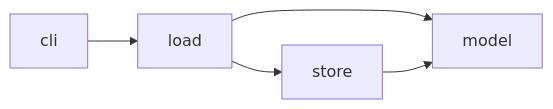
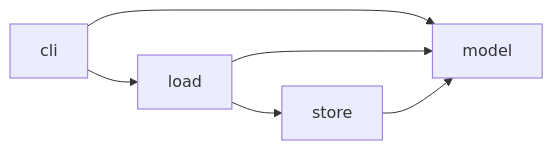
Before and after one commit to lewis-dot-software/muster: the second of 2 diagrams in docs/architecture.md, drawn with Mermaid. The commit also changed other lines of this file, not shown here.

Commit message:
docs: The architecture corrected from v0.1.0's repo read, its claims, seams and refusals

````diff
--- a/docs/architecture.md
+++ b/docs/architecture.md
@@ -130,7 +139,8 @@
 ```mermaid
 flowchart LR
   cli["cli"] --> load["load"]
+  cli --> model["model"]
   load --> store["store"]
-  load --> model["model"]
+  load --> model
   store --> model
 ```
````
